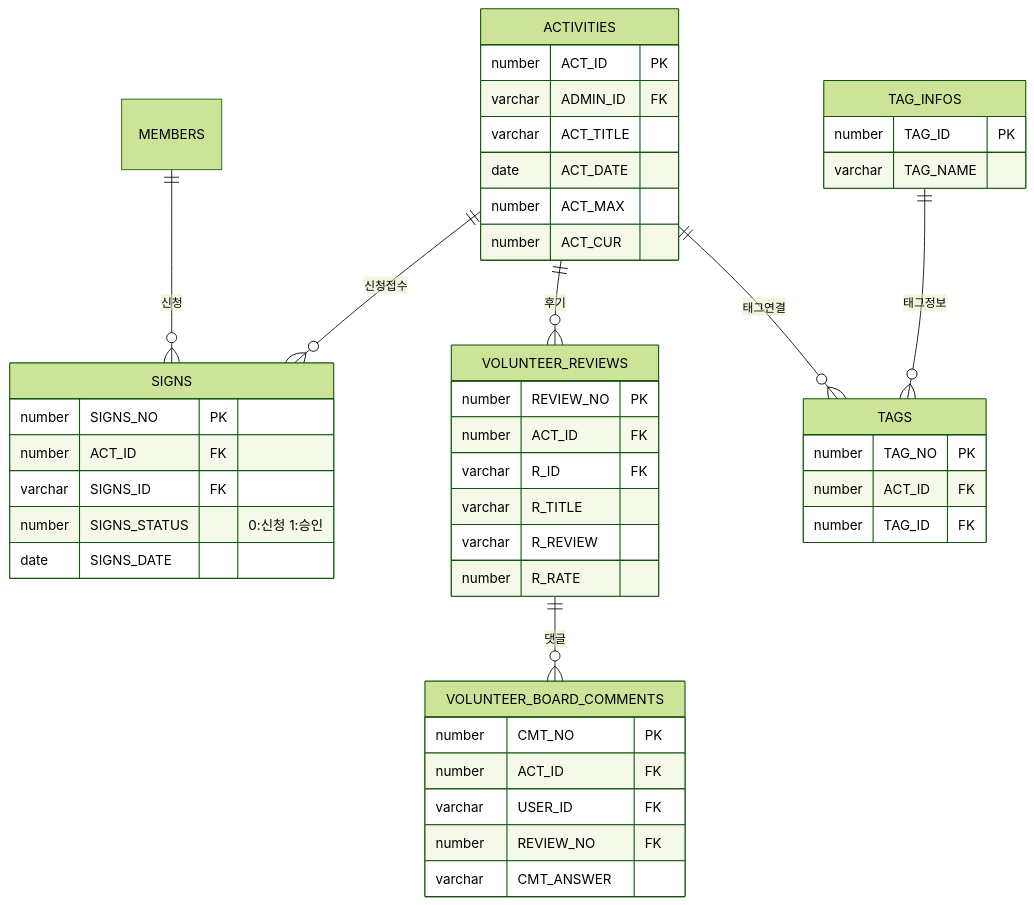
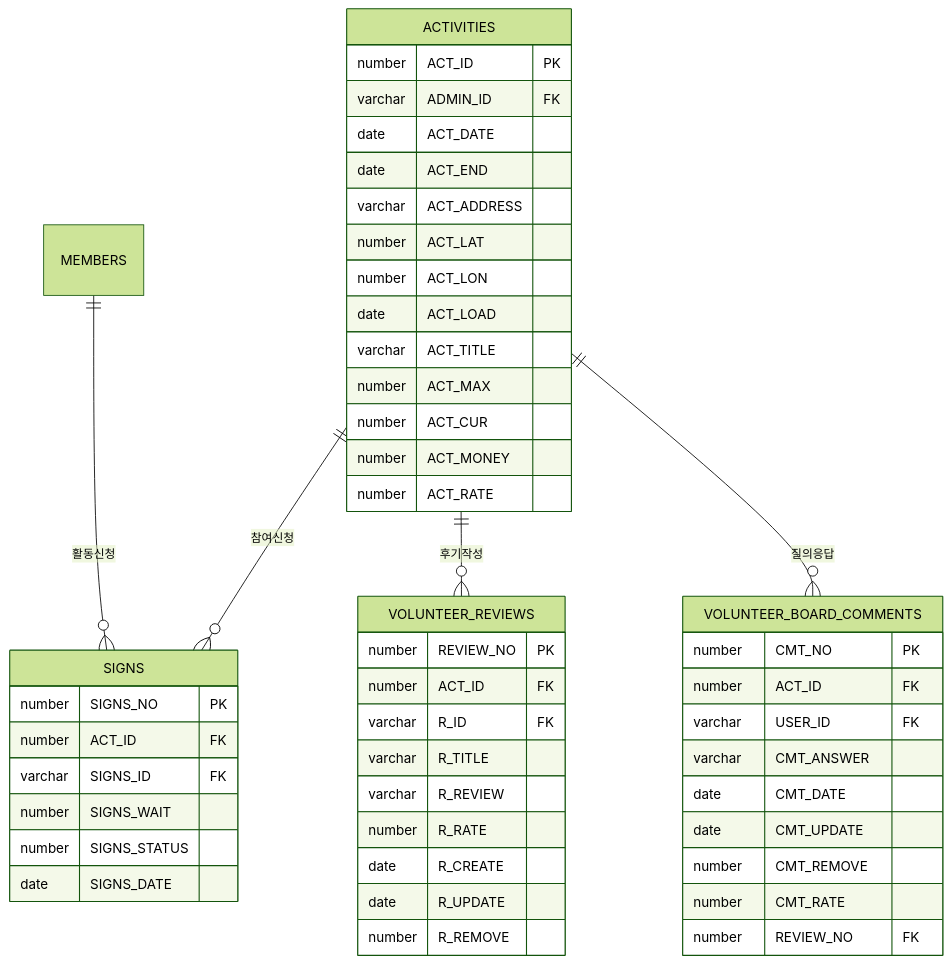
One commit to KJH-Portfolio/202511-stray-dog-volunteer changed the third of 6 diagrams in erd.md. Above: the diagram before and after it, drawn with Mermaid (forest theme). The commit also changed other lines of this file and 3 other files, not shown here.

````diff
--- a/erd.md
+++ b/erd.md
@@ -379,49 +485,52 @@
 ```mermaid
 erDiagram
     ACTIVITIES {
-        number  ACT_ID PK
+        number ACT_ID PK
         varchar ADMIN_ID FK
+        date ACT_DATE
+        date ACT_END
+        varchar ACT_ADDRESS
+        number ACT_LAT
+        number ACT_LON
+        date ACT_LOAD
         varchar ACT_TITLE
-        date    ACT_DATE
-        number  ACT_MAX
-        number  ACT_CUR
+        number ACT_MAX
+        number ACT_CUR
+        number ACT_MONEY
+        number ACT_RATE
     }
     SIGNS {
-        number  SIGNS_NO PK
-        number  ACT_ID FK
+        number SIGNS_NO PK
+        number ACT_ID FK
         varchar SIGNS_ID FK
-        number  SIGNS_STATUS "0:신청 1:승인"
-        date    SIGNS_DATE
+        number SIGNS_WAIT
+        number SIGNS_STATUS
+        date SIGNS_DATE
     }
     VOLUNTEER_REVIEWS {
-        number  REVIEW_NO PK
-        number  ACT_ID FK
+        number REVIEW_NO PK
+        number ACT_ID FK
         varchar R_ID FK
         varchar R_TITLE
         varchar R_REVIEW
-        number  R_RATE
+        number R_RATE
+        date R_CREATE
+        date R_UPDATE
+        number R_REMOVE
     }
     VOLUNTEER_BOARD_COMMENTS {
-        number  CMT_NO PK
-        number  ACT_ID FK
+        number CMT_NO PK
+        number ACT_ID FK
         varchar USER_ID FK
-        number  REVIEW_NO FK
         varchar CMT_ANSWER
+        date CMT_DATE
+        date CMT_UPDATE
+        number CMT_REMOVE
+        number CMT_RATE
+        number REVIEW_NO FK
     }
-    TAG_INFOS {
-        number  TAG_ID PK
-        varchar TAG_NAME
-    }
-    TAGS {
-        number TAG_NO PK
-        number ACT_ID FK
-        number TAG_ID FK
-    }
-
-    ACTIVITIES ||--o{ SIGNS : "신청접수"
-    MEMBERS ||--o{ SIGNS : "신청"
-    ACTIVITIES ||--o{ VOLUNTEER_REVIEWS : "후기"
-    VOLUNTEER_REVIEWS ||--o{ VOLUNTEER_BOARD_COMMENTS : "댓글"
-    ACTIVITIES ||--o{ TAGS : "태그연결"
-    TAG_INFOS ||--o{ TAGS : "태그정보"
+    ACTIVITIES ||--o{ SIGNS : "참여신청"
+    ACTIVITIES ||--o{ VOLUNTEER_REVIEWS : "후기작성"
+    ACTIVITIES ||--o{ VOLUNTEER_BOARD_COMMENTS : "질의응답"
+    MEMBERS ||--o{ SIGNS : "활동신청"
 ```
````
